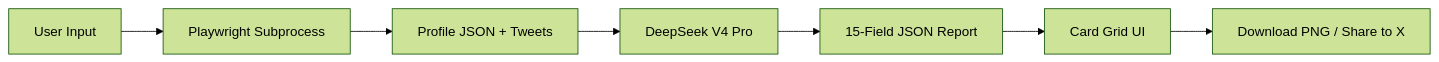
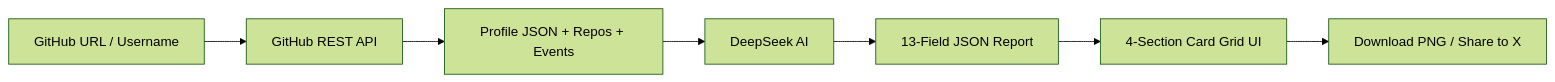
The diagram in README.md (gokuscraper/github-roast), drawn with Mermaid (forest theme) before and after one commit. The commit also changed other lines of this file and 34 other files, not shown here.

````diff
--- a/README.md
+++ b/README.md
@@ -94,9 +92,9 @@
 ```mermaid
 flowchart LR
-    A[User Input] --> B[Playwright Subprocess]
-    B --> C[Profile JSON + Tweets]
-    C --> D[DeepSeek V4 Pro]
-    D --> E[15-Field JSON Report]
-    E --> F[Card Grid UI]
+    A[GitHub URL / Username] --> B[GitHub REST API]
+    B --> C[Profile JSON + Repos + Events]
+    C --> D[DeepSeek AI]
+    D --> E[13-Field JSON Report]
+    E --> F[4-Section Card Grid UI]
     F --> G[Download PNG / Share to X]
 ```
````
